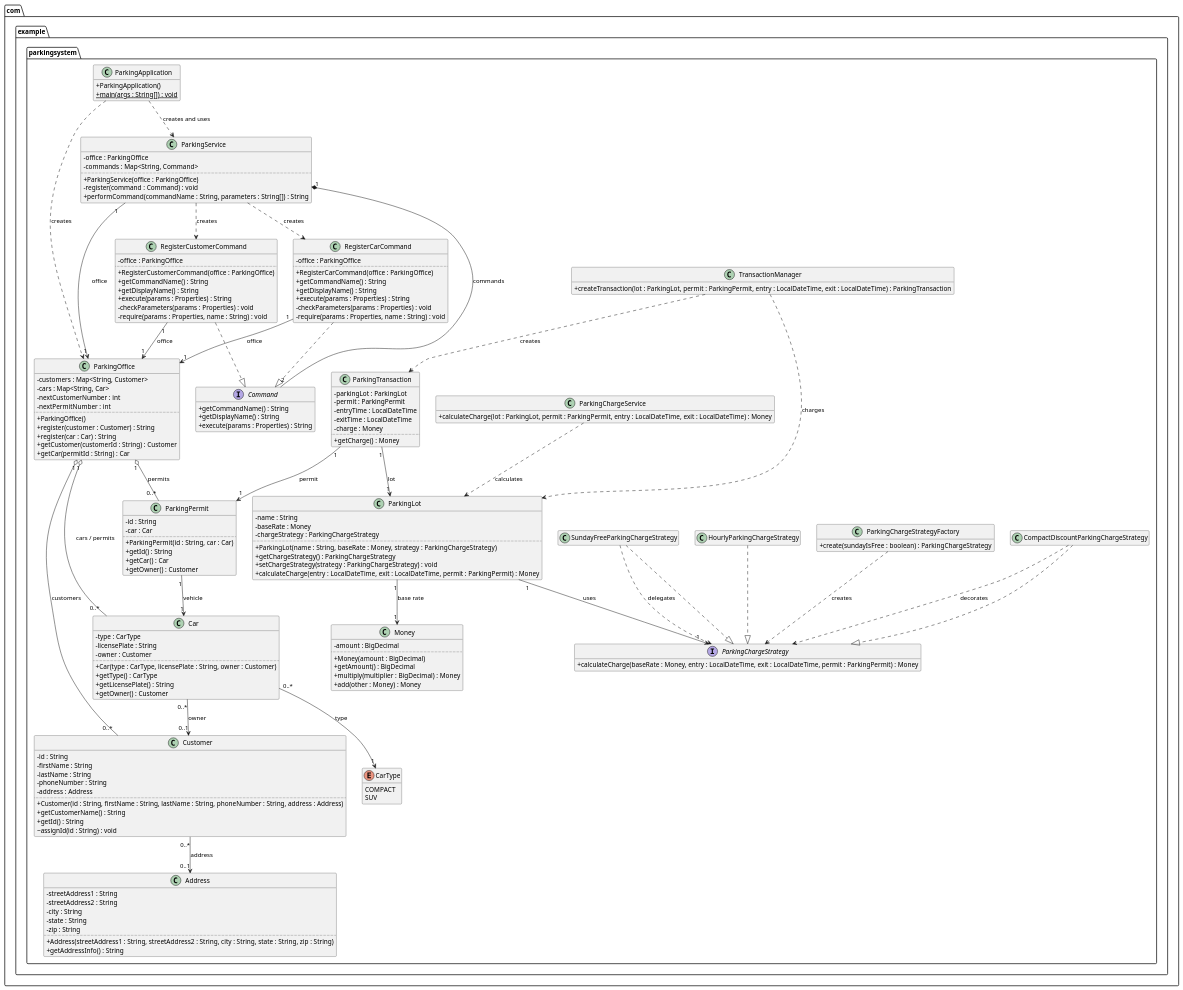
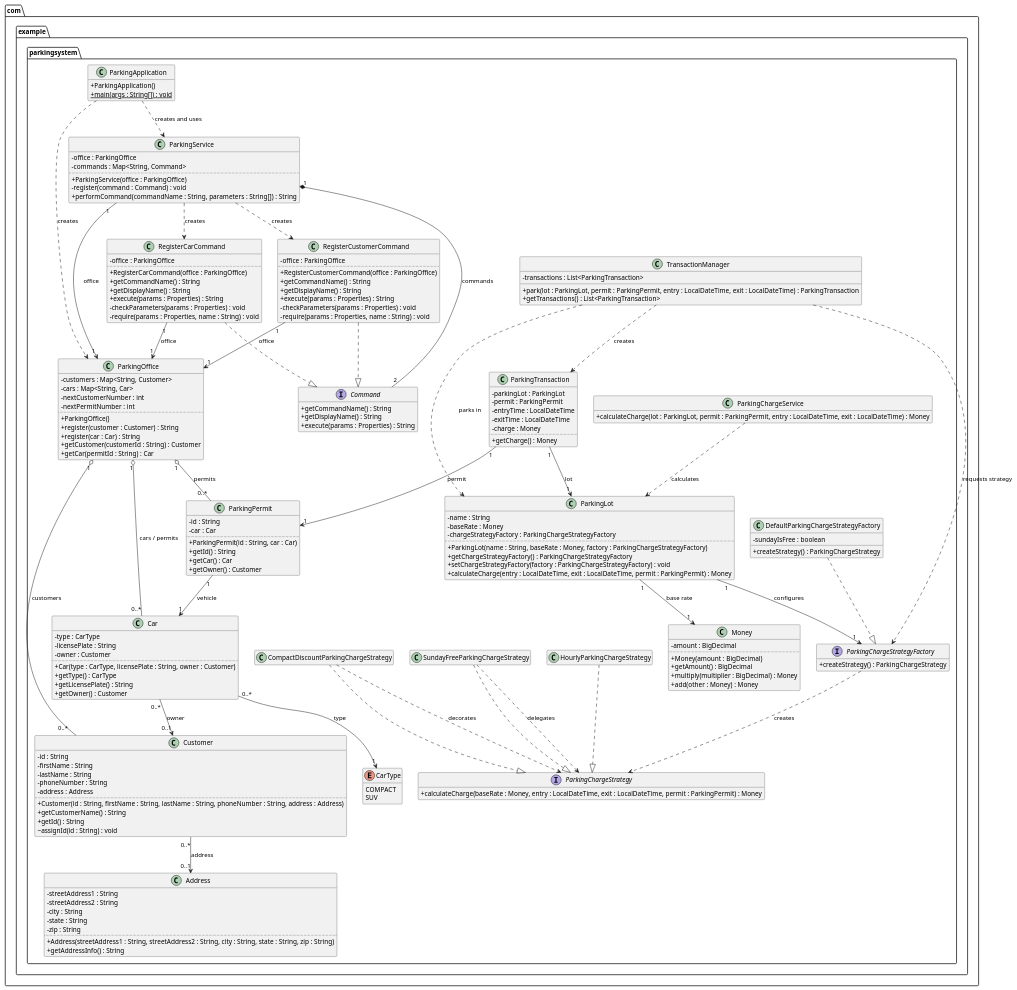
One commit to anthony-martDU/ICT-4315-1 changed the diagram in ParkingSystem.puml. Above: the diagram before and after it, drawn with PlantUML. The commit also changed 10 other files, not shown here.

Commit message:
Finalize parking strategy and factory implementation

```diff
--- a/ParkingSystem.puml
+++ b/ParkingSystem.puml
@@ -39,11 +39,11 @@
     class ParkingLot {
         -name : String
         -baseRate : Money
-        -chargeStrategy : ParkingChargeStrategy
+        -chargeStrategyFactory : ParkingChargeStrategyFactory
         ..
-        +ParkingLot(name : String, baseRate : Money, strategy : ParkingChargeStrategy)
-        +getChargeStrategy() : ParkingChargeStrategy
-        +setChargeStrategy(strategy : ParkingChargeStrategy) : void
+        +ParkingLot(name : String, baseRate : Money, factory : ParkingChargeStrategyFactory)
+        +getChargeStrategyFactory() : ParkingChargeStrategyFactory
+        +setChargeStrategyFactory(factory : ParkingChargeStrategyFactory) : void
         +calculateCharge(entry : LocalDateTime, exit : LocalDateTime, permit : ParkingPermit) : Money
     }
 
@@ -54,8 +54,13 @@
     class HourlyParkingChargeStrategy
     class SundayFreeParkingChargeStrategy
     class CompactDiscountParkingChargeStrategy
-    class ParkingChargeStrategyFactory {
-        +create(sundayIsFree : boolean) : ParkingChargeStrategy
+    interface ParkingChargeStrategyFactory {
+        +createStrategy() : ParkingChargeStrategy
+    }
+
+    class DefaultParkingChargeStrategyFactory {
+        -sundayIsFree : boolean
+        +createStrategy() : ParkingChargeStrategy
     }
 
     class ParkingTransaction {
@@ -69,7 +74,9 @@
     }
 
     class TransactionManager {
-        +createTransaction(lot : ParkingLot, permit : ParkingPermit, entry : LocalDateTime, exit : LocalDateTime) : ParkingTransaction
+        -transactions : List<ParkingTransaction>
+        +park(lot : ParkingLot, permit : ParkingPermit, entry : LocalDateTime, exit : LocalDateTime) : ParkingTransaction
+        +getTransactions() : List<ParkingTransaction>
     }
 
     class ParkingChargeService {
@@ -186,13 +193,15 @@
 Car "0..*" --> "1" CarType : type
 
 ParkingLot "1" --> "1" Money : base rate
-ParkingLot "1" --> "1" ParkingChargeStrategy : uses
+ParkingLot "1" --> "1" ParkingChargeStrategyFactory : configures
 ParkingTransaction "1" --> "1" ParkingLot : lot
 ParkingTransaction "1" --> "1" ParkingPermit : permit
-TransactionManager ..> ParkingLot : charges
+TransactionManager ..> ParkingLot : parks in
+TransactionManager ..> ParkingChargeStrategyFactory : requests strategy
 TransactionManager ..> ParkingTransaction : creates
 ParkingChargeService ..> ParkingLot : calculates
 ParkingChargeStrategyFactory ..> ParkingChargeStrategy : creates
+DefaultParkingChargeStrategyFactory ..|> ParkingChargeStrategyFactory
 SundayFreeParkingChargeStrategy ..> ParkingChargeStrategy : delegates
 CompactDiscountParkingChargeStrategy ..> ParkingChargeStrategy : decorates
 
```
